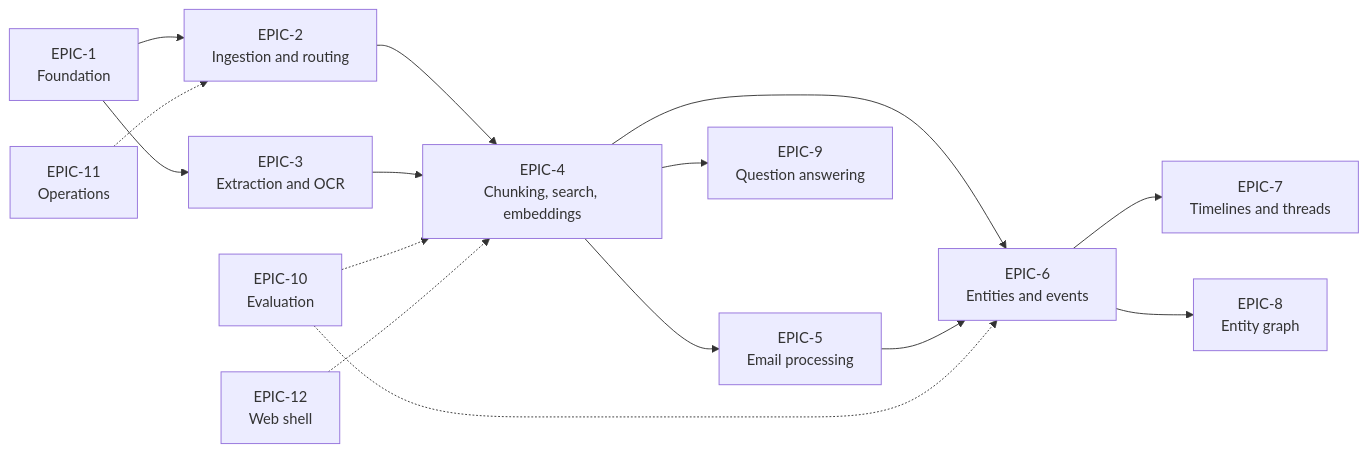
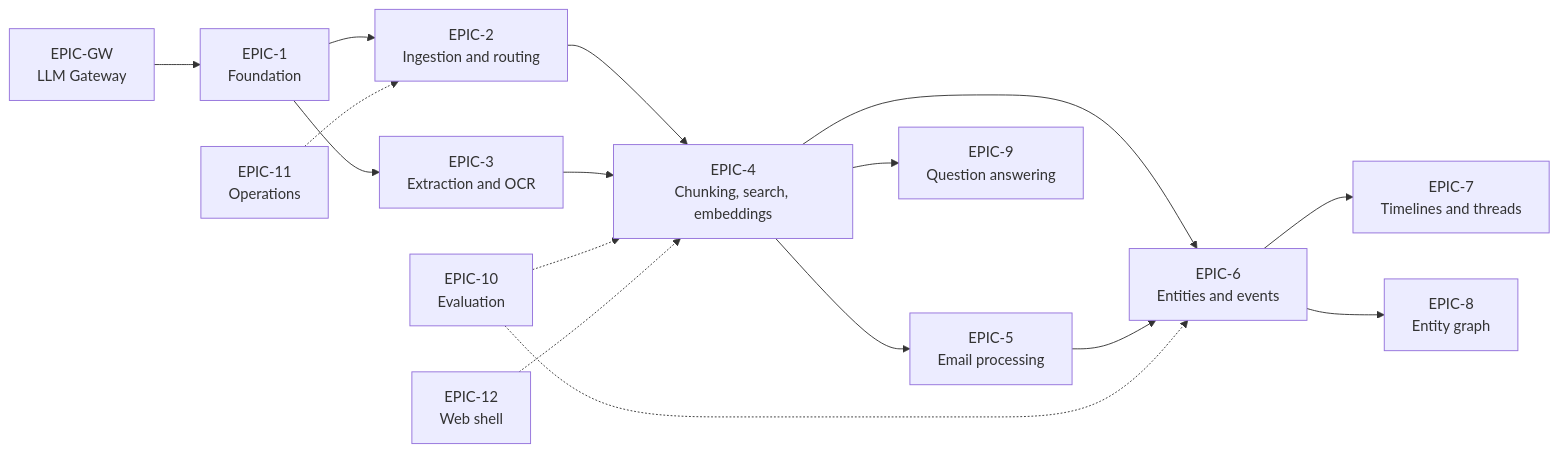
One commit to mitchell-richie/DOCUMENT_STORE changed the first of 2 diagrams in BACKLOG.md. Above: the diagram before and after it, drawn with Mermaid. The commit also changed other lines of this file and 1 other file, not shown here.

Commit message:
Update approach to leverage existing local LLM Gateway

````diff
--- a/BACKLOG.md
+++ b/BACKLOG.md
@@ -40,17 +41,18 @@
 ```mermaid
 flowchart LR
     E1[EPIC-1<br/>Foundation] --> E2[EPIC-2<br/>Ingestion and routing]
+    GW[EPIC-GW<br/>LLM Gateway] --> E1
     E1 --> E3[EPIC-3<br/>Extraction and OCR]
     E2 --> E4[EPIC-4<br/>Chunking, search, embeddings]
     E3 --> E4
     E4 --> E5[EPIC-5<br/>Email processing]
     E4 --> E6[EPIC-6<br/>Entities and events]
     E5 --> E6
     E6 --> E7[EPIC-7<br/>Timelines and threads]
     E6 --> E8[EPIC-8<br/>Entity graph]
     E4 --> E9[EPIC-9<br/>Question answering]
     E10[EPIC-10<br/>Evaluation] -.-> E4
     E10 -.-> E6
     E11[EPIC-11<br/>Operations] -.-> E2
     E12[EPIC-12<br/>Web shell] -.-> E4
 ```
````
